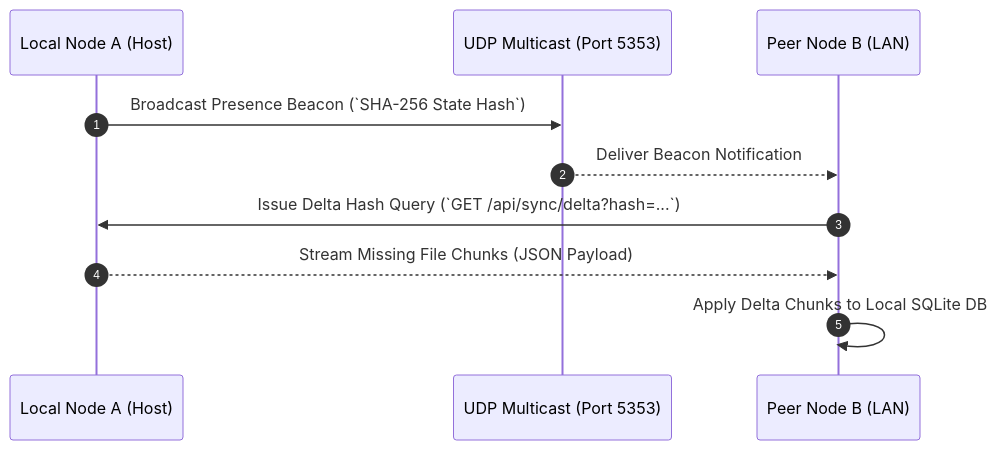
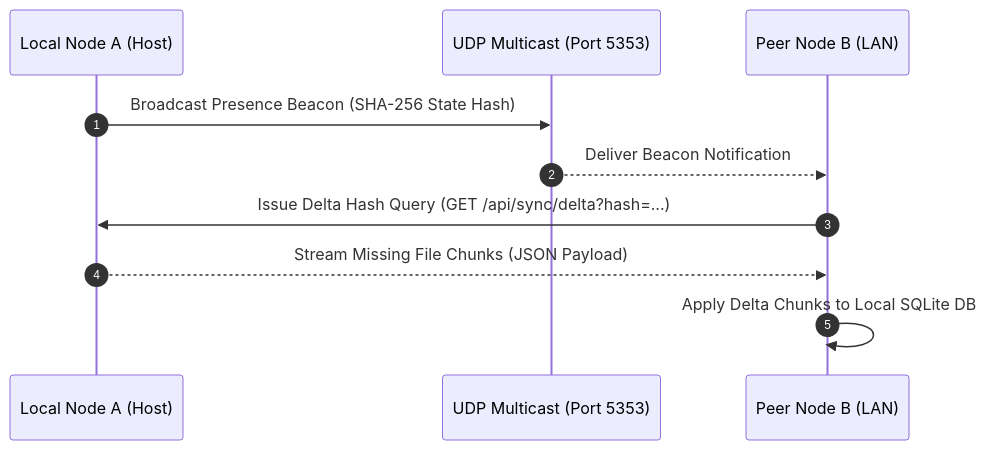
Before and after one commit to SavianAlexander/uroboros-knowledge-engine: the diagram in docs/ARCHITECTURE.md, drawn with Mermaid. The commit also changed 1 other file, not shown here.

Commit message:
docs(architecture): clean inline backticks from Mermaid sequence diagrams (#2023)

````diff
--- a/docs/ARCHITECTURE.md
+++ b/docs/ARCHITECTURE.md
@@ -74,13 +74,13 @@
 ```mermaid
 sequenceDiagram
     autonumber
     participant NodeA as Local Node A (Host)
     participant UDP as UDP Multicast (Port 5353)
     participant NodeB as Peer Node B (LAN)
 
-    NodeA->>UDP: Broadcast Presence Beacon (`SHA-256 State Hash`)
+    NodeA->>UDP: Broadcast Presence Beacon (SHA-256 State Hash)
     UDP-->>NodeB: Deliver Beacon Notification
-    NodeB->>NodeA: Issue Delta Hash Query (`GET /api/sync/delta?hash=...`)
+    NodeB->>NodeA: Issue Delta Hash Query (GET /api/sync/delta?hash=...)
     NodeA-->>NodeB: Stream Missing File Chunks (JSON Payload)
     NodeB->>NodeB: Apply Delta Chunks to Local SQLite DB
 ```
````
